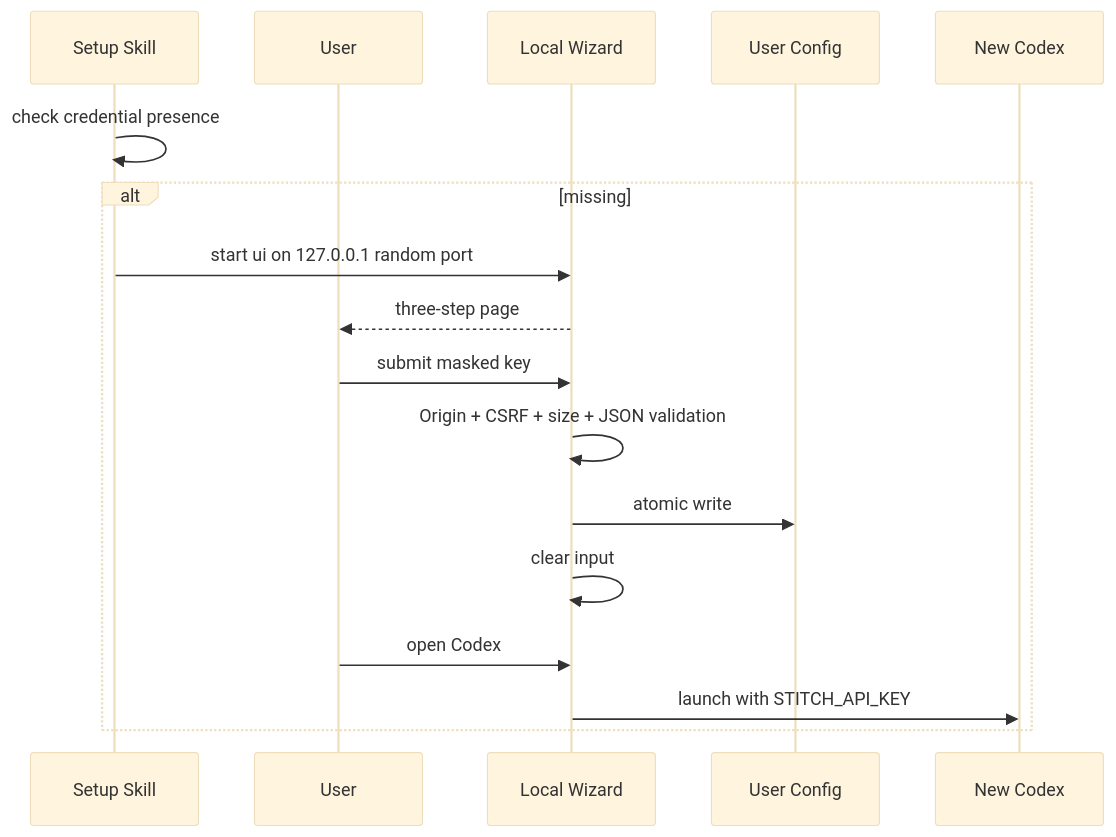
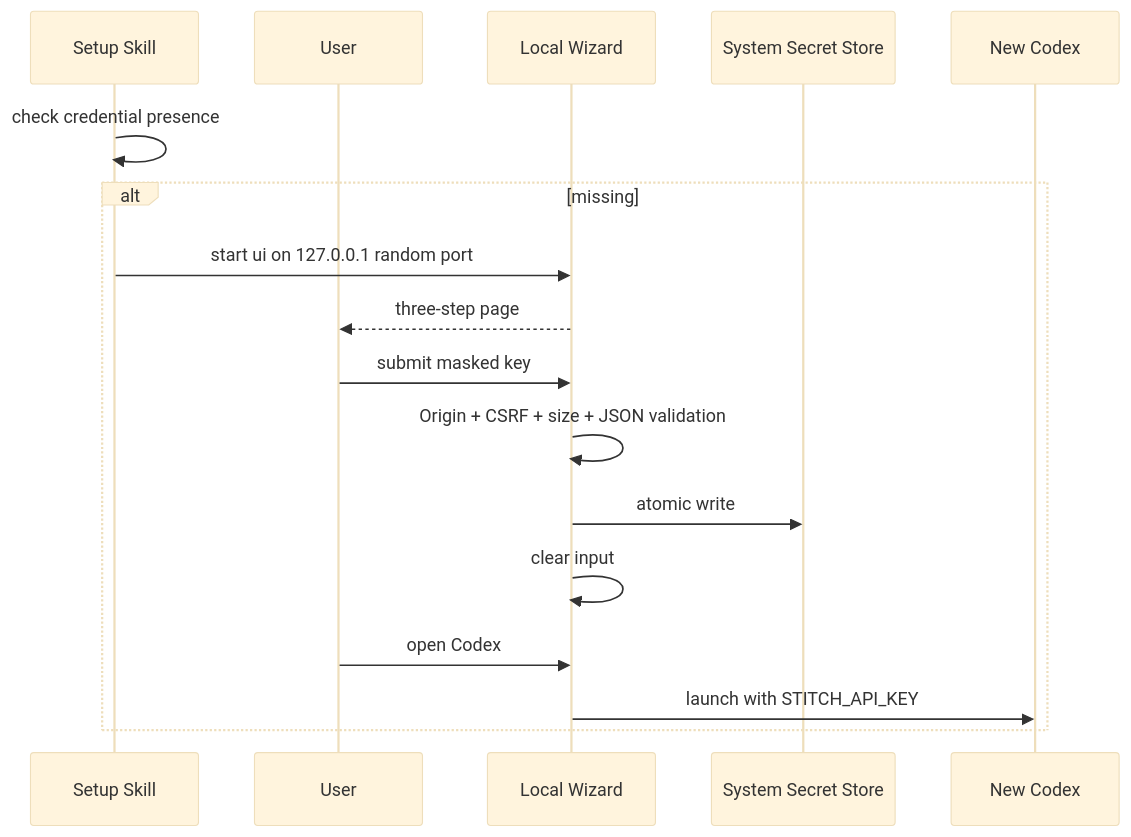
One commit to full-stack-plugins/stitch-design-plugin changed the first of 6 diagrams in docs/Stitch-Design-Technical-Solution.md. Above: the diagram before and after it, drawn with Mermaid (base theme). The commit also changed other lines of this file and 9 other files, not shown here.

````diff
--- a/docs/Stitch-Design-Technical-Solution.md
+++ b/docs/Stitch-Design-Technical-Solution.md
@@ -36,19 +37,19 @@
 ```mermaid
 sequenceDiagram
     participant S as Setup Skill
     participant U as User
     participant L as Local Wizard
-    participant F as User Config
+    participant F as System Secret Store
     participant C as New Codex
     S->>S: check credential presence
     alt missing
       S->>L: start ui on 127.0.0.1 random port
       L-->>U: three-step page
       U->>L: submit masked key
       L->>L: Origin + CSRF + size + JSON validation
       L->>F: atomic write
       L->>L: clear input
       U->>L: open Codex
       L->>C: launch with STITCH_API_KEY
     end
 ```
````
